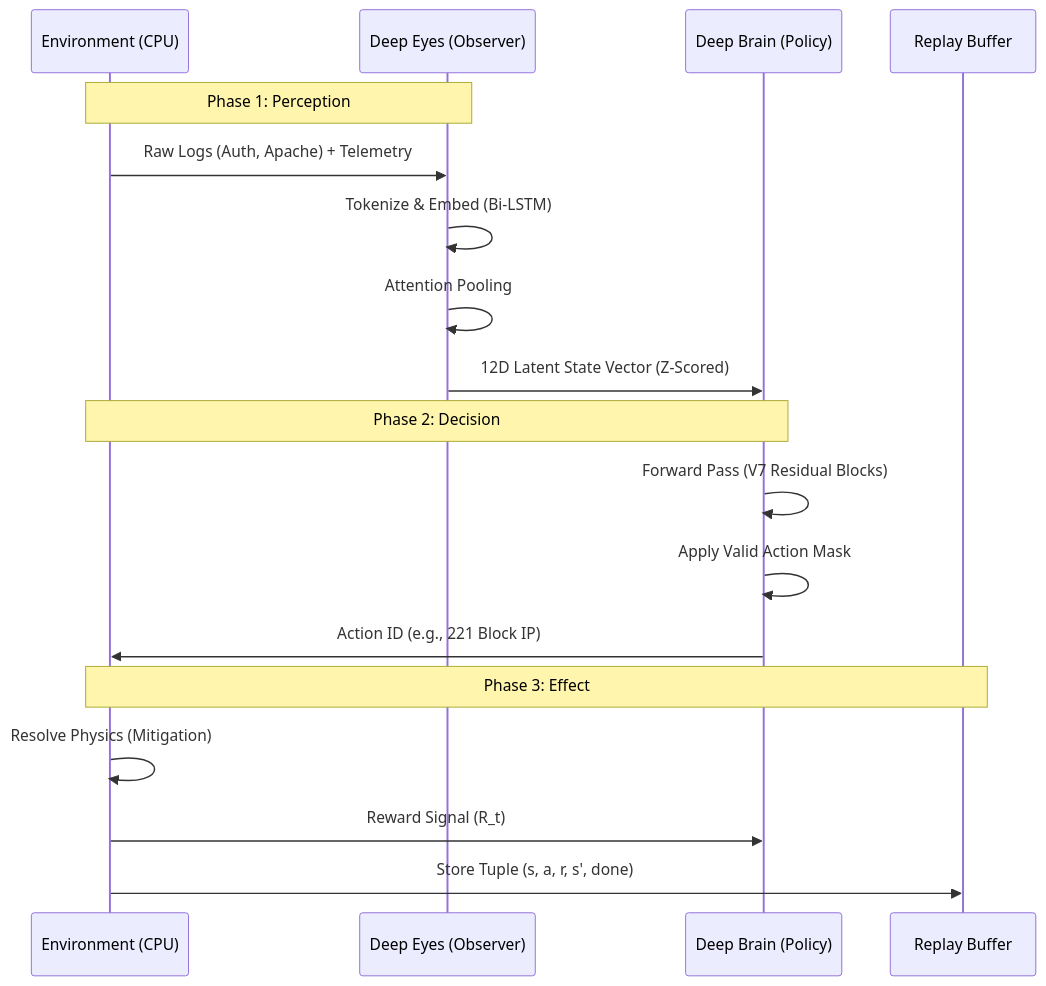
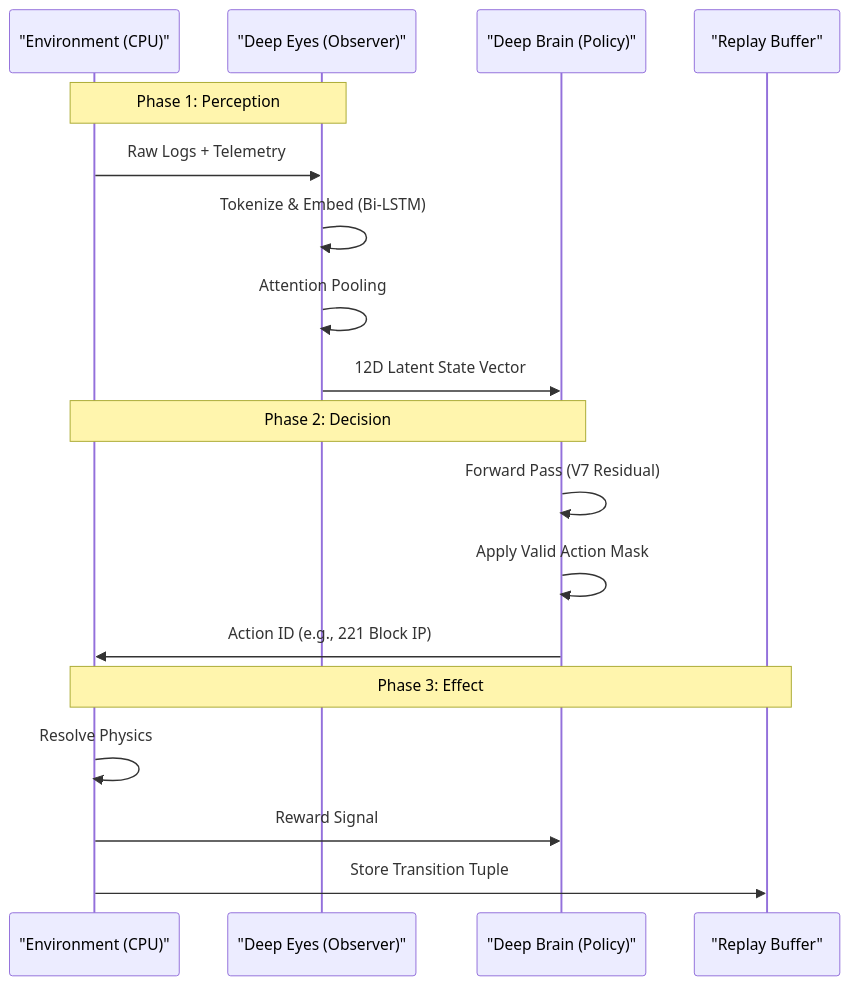
One commit to didi-09/AI_DRIVEN_SOAR changed the second of 6 diagrams in README.md. Above: the diagram before and after it, drawn with Mermaid. The commit also changed other lines of this file, not shown here.

Commit message:
Refactor diagrams and descriptions in README.md

````diff
--- a/README.md
+++ b/README.md
@@ -70,23 +70,23 @@
 ```mermaid
 sequenceDiagram
-    participant World as Environment (CPU)
-    participant Observer as Deep Eyes (Observer)
-    participant Agent as Deep Brain (Policy)
-    participant Buffer as Replay Buffer
+    participant World as "Environment (CPU)"
+    participant Observer as "Deep Eyes (Observer)"
+    participant Agent as "Deep Brain (Policy)"
+    participant Buffer as "Replay Buffer"
     
     Note over World, Observer: Phase 1: Perception
-    World->>Observer: Raw Logs (Auth, Apache) + Telemetry
+    World->>Observer: Raw Logs + Telemetry
     Observer->>Observer: Tokenize & Embed (Bi-LSTM)
     Observer->>Observer: Attention Pooling
-    Observer->>Agent: 12D Latent State Vector (Z-Scored)
+    Observer->>Agent: 12D Latent State Vector
     
     Note over Agent, World: Phase 2: Decision
-    Agent->>Agent: Forward Pass (V7 Residual Blocks)
+    Agent->>Agent: Forward Pass (V7 Residual)
     Agent->>Agent: Apply Valid Action Mask
     Agent->>World: Action ID (e.g., 221 Block IP)
     
     Note over World, Buffer: Phase 3: Effect
-    World->>World: Resolve Physics (Mitigation)
-    World->>Agent: Reward Signal (R_t)
-    World->>Buffer: Store Tuple (s, a, r, s', done)
+    World->>World: Resolve Physics
+    World->>Agent: Reward Signal
+    World->>Buffer: Store Transition Tuple
 ```
````
